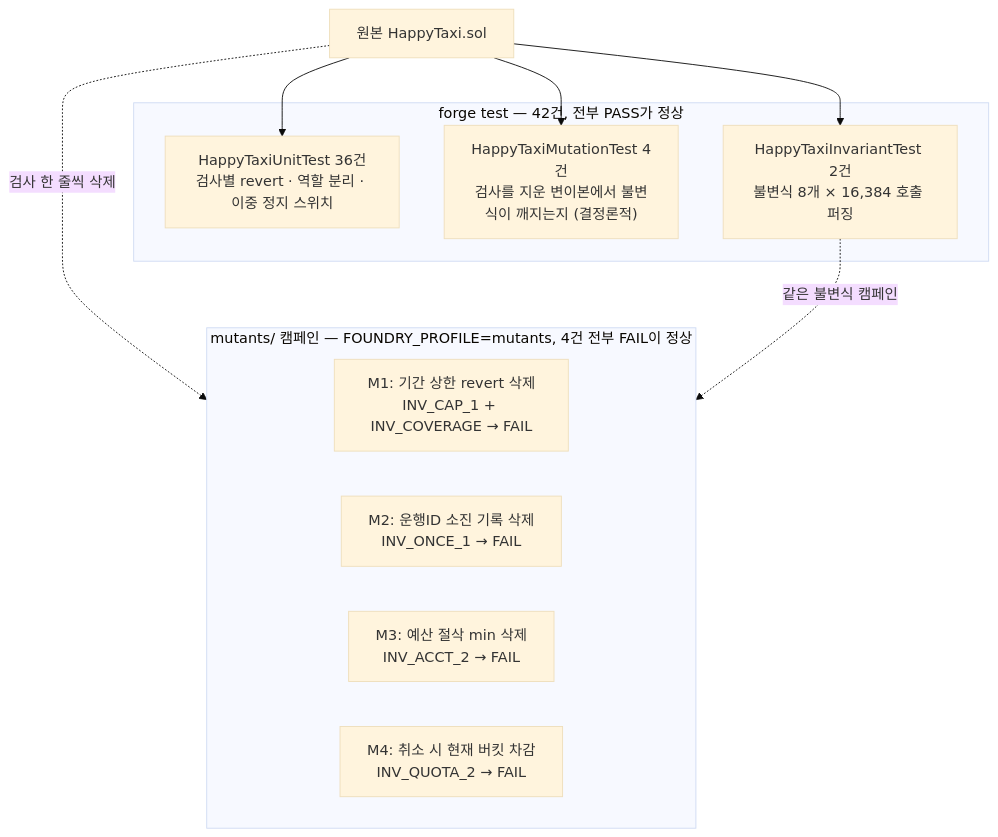
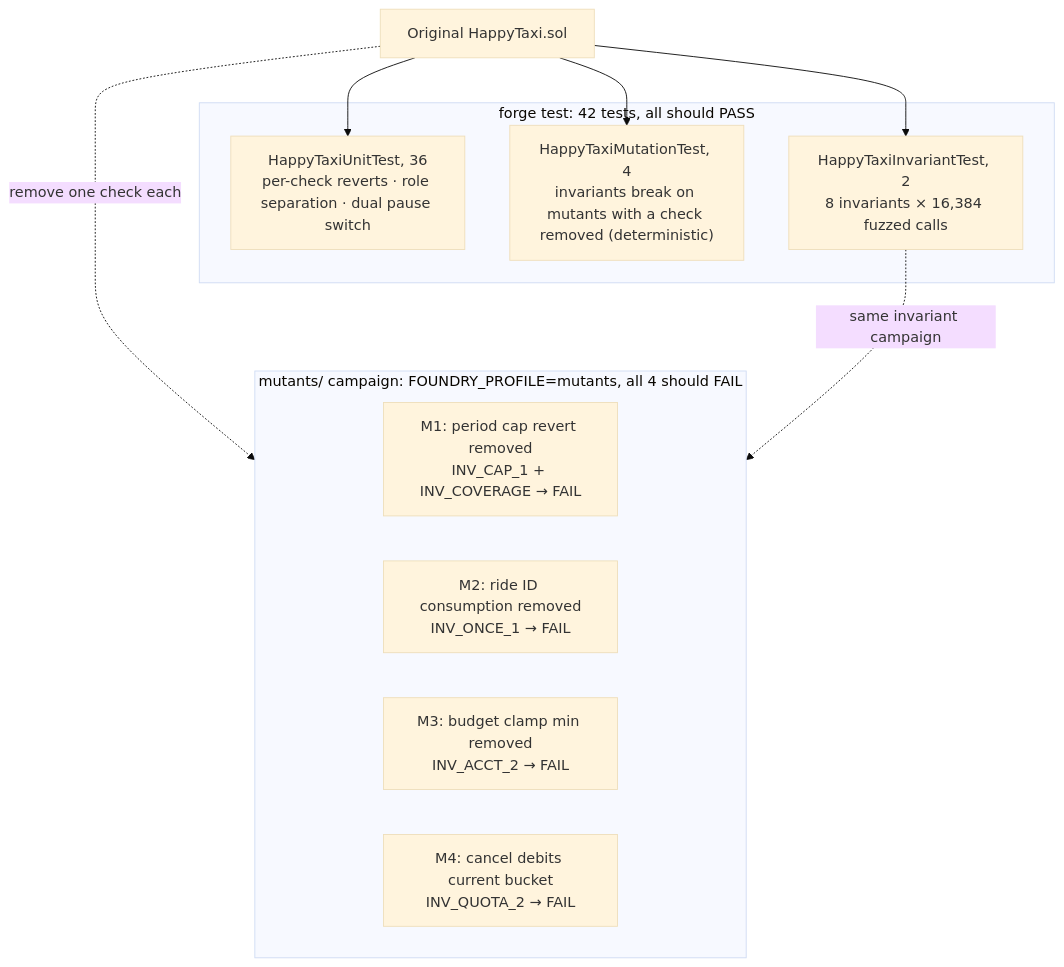
The second of 2 diagrams in README.md (dandel6/HappyTaxi), drawn with Mermaid (base theme) before and after one commit. The commit also changed other lines of this file and 1 other file, not shown here.

````diff
--- a/README.md
+++ b/README.md
@@ -38,23 +40,23 @@
 ```mermaid
 flowchart TB
-    SRC["원본 HappyTaxi.sol"]
+    SRC["Original HappyTaxi.sol"]
 
-    subgraph FT["forge test — 42건, 전부 PASS가 정상"]
-        U["HappyTaxiUnitTest 36건<br/>검사별 revert · 역할 분리 · 이중 정지 스위치"]
-        MT["HappyTaxiMutationTest 4건<br/>검사를 지운 변이본에서 불변식이 깨지는지 (결정론적)"]
-        IT["HappyTaxiInvariantTest 2건<br/>불변식 8개 × 16,384 호출 퍼징"]
+    subgraph FT["forge test: 42 tests, all should PASS"]
+        U["HappyTaxiUnitTest, 36<br/>per-check reverts · role separation · dual pause switch"]
+        MT["HappyTaxiMutationTest, 4<br/>invariants break on mutants with a check removed (deterministic)"]
+        IT["HappyTaxiInvariantTest, 2<br/>8 invariants × 16,384 fuzzed calls"]
     end
 
-    subgraph MC["mutants/ 캠페인 — FOUNDRY_PROFILE=mutants, 4건 전부 FAIL이 정상"]
-        M1["M1: 기간 상한 revert 삭제<br/>INV_CAP_1 + INV_COVERAGE → FAIL"]
-        M2["M2: 운행ID 소진 기록 삭제<br/>INV_ONCE_1 → FAIL"]
-        M3["M3: 예산 절삭 min 삭제<br/>INV_ACCT_2 → FAIL"]
-        M4["M4: 취소 시 현재 버킷 차감<br/>INV_QUOTA_2 → FAIL"]
+    subgraph MC["mutants/ campaign: FOUNDRY_PROFILE=mutants, all 4 should FAIL"]
+        M1["M1: period cap revert removed<br/>INV_CAP_1 + INV_COVERAGE → FAIL"]
+        M2["M2: ride ID consumption removed<br/>INV_ONCE_1 → FAIL"]
+        M3["M3: budget clamp min removed<br/>INV_ACCT_2 → FAIL"]
+        M4["M4: cancel debits current bucket<br/>INV_QUOTA_2 → FAIL"]
     end
 
     SRC --> U
     SRC --> IT
-    SRC -. "검사 한 줄씩 삭제" .-> MC
+    SRC -. "remove one check each" .-> MC
     SRC --> MT
-    IT -. "같은 불변식 캠페인" .-> MC
+    IT -. "same invariant campaign" .-> MC
 ```
````
